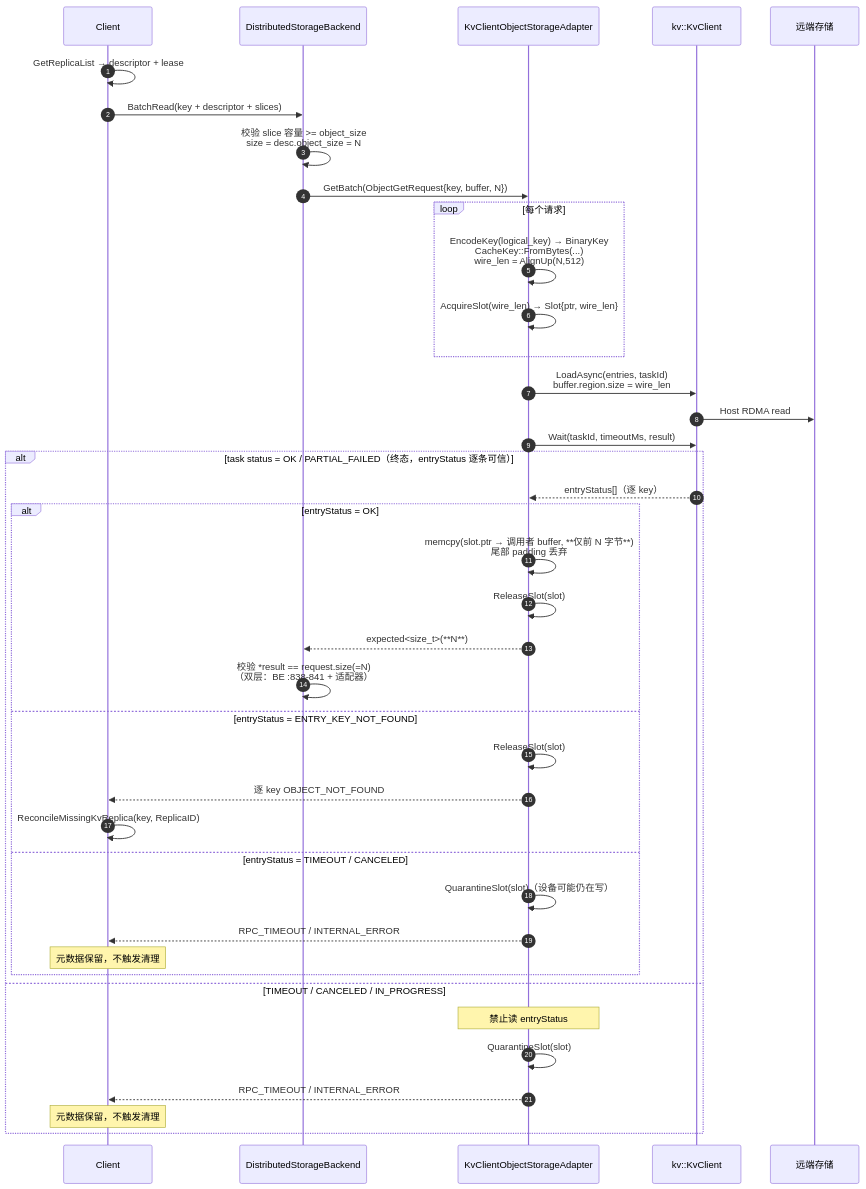
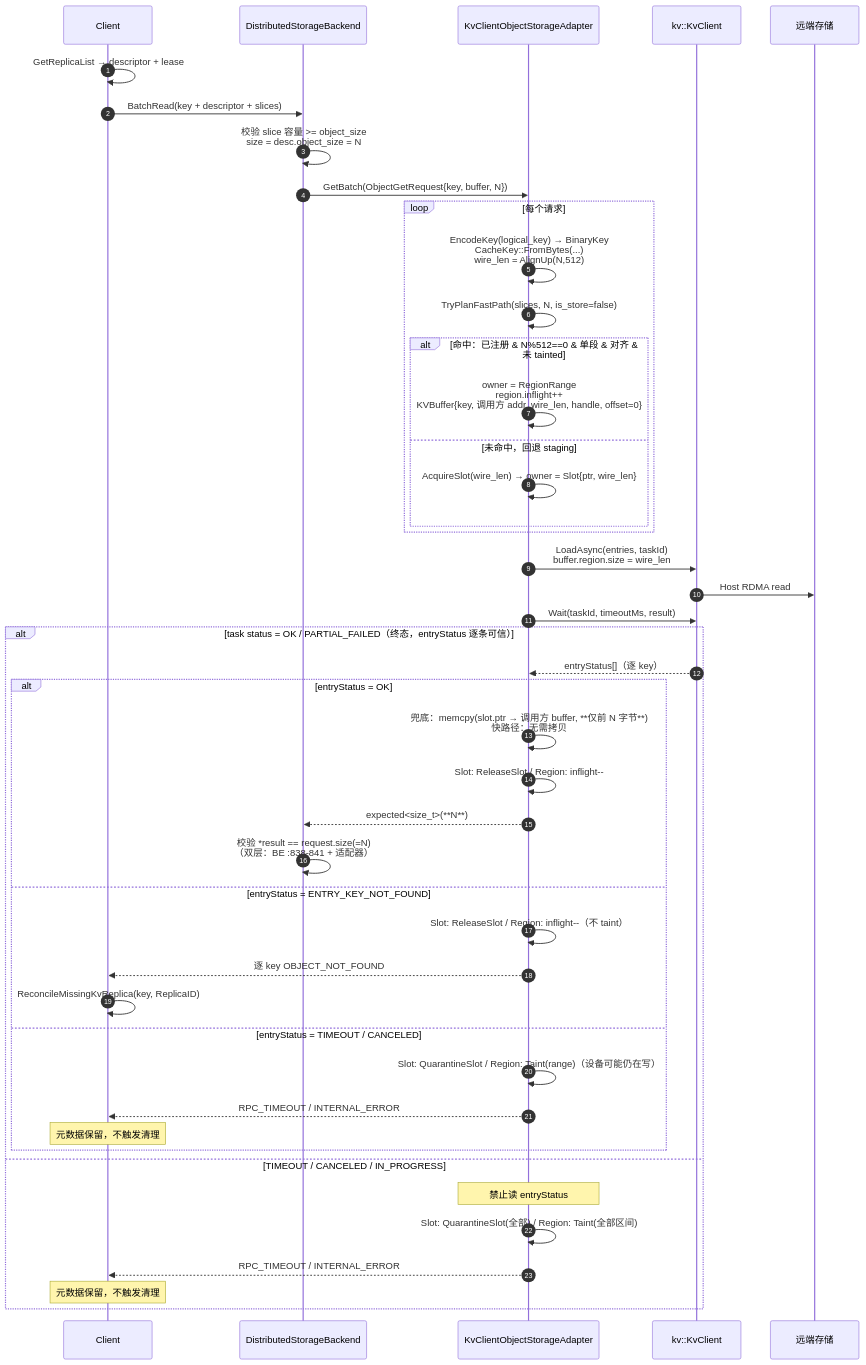
Before and after one commit to zwj20000328-dotcom/Mooncake-documents: the tenth of 13 diagrams in Mooncake + KVClient L3 接入（Kvcs）- v3.md, drawn with Mermaid. The commit also changed other lines of this file, not shown here.

First line of the commit message:
docs: fold zero-copy fast path (scheme B) into the v3 design

````diff
--- a/Mooncake + KVClient L3 接入（Kvcs）- v3.md
+++ b/Mooncake + KVClient L3 接入（Kvcs）- v3.md
@@ -639,43 +670,48 @@
 ```mermaid
 sequenceDiagram
     autonumber
     participant C as Client
     participant BE as DistributedStorageBackend
     participant AD as KvClientObjectStorageAdapter
     participant SDK as kv::KvClient
     participant S as 远端存储
 
     C->>C: GetReplicaList → descriptor + lease
     C->>BE: BatchRead(key + descriptor + slices)
     BE->>BE: 校验 slice 容量 >= object_size<br/>size = desc.object_size = N
     BE->>AD: GetBatch(ObjectGetRequest{key, buffer, N})
     loop 每个请求
         AD->>AD: EncodeKey(logical_key) → BinaryKey<br/>CacheKey::FromBytes(...)<br/>wire_len = AlignUp(N,512)
-        AD->>AD: AcquireSlot(wire_len) → Slot{ptr, wire_len}
+        AD->>AD: TryPlanFastPath(slices, N, is_store=false)
+        alt 命中：已注册 & N%512==0 & 单段 & 对齐 & 未 tainted
+            AD->>AD: owner = RegionRange<br/>region.inflight++<br/>KVBuffer{key, 调用方 addr, wire_len, handle, offset=0}
+        else 未命中，回退 staging
+            AD->>AD: AcquireSlot(wire_len) → owner = Slot{ptr, wire_len}
+        end
     end
     AD->>SDK: LoadAsync(entries, taskId)<br/>buffer.region.size = wire_len
     SDK->>S: Host RDMA read
     AD->>SDK: Wait(taskId, timeoutMs, result)
     alt task status = OK / PARTIAL_FAILED（终态，entryStatus 逐条可信）
         SDK-->>AD: entryStatus[]（逐 key）
         alt entryStatus = OK
-            AD->>AD: memcpy(slot.ptr → 调用者 buffer, **仅前 N 字节**)<br/>尾部 padding 丢弃
-            AD->>AD: ReleaseSlot(slot)
+            AD->>AD: 兜底：memcpy(slot.ptr → 调用方 buffer, **仅前 N 字节**)<br/>快路径：无需拷贝
+            AD->>AD: Slot: ReleaseSlot / Region: inflight--
             AD-->>BE: expected<size_t>(**N**)
             BE->>BE: 校验 *result == request.size(=N)<br/>（双层：BE :838-841 + 适配器）
         else entryStatus = ENTRY_KEY_NOT_FOUND
-            AD->>AD: ReleaseSlot(slot)
+            AD->>AD: Slot: ReleaseSlot / Region: inflight--（不 taint）
             AD-->>C: 逐 key OBJECT_NOT_FOUND
             C->>C: ReconcileMissingKvReplica(key, ReplicaID)
         else entryStatus = TIMEOUT / CANCELED
-            AD->>AD: QuarantineSlot(slot)（设备可能仍在写）
+            AD->>AD: Slot: QuarantineSlot / Region: Taint(range)（设备可能仍在写）
             AD-->>C: RPC_TIMEOUT / INTERNAL_ERROR
             Note over C: 元数据保留，不触发清理
         end
     else TIMEOUT / CANCELED / IN_PROGRESS
         Note over AD: 禁止读 entryStatus
-        AD->>AD: QuarantineSlot(slot)
+        AD->>AD: Slot: QuarantineSlot(全部) / Region: Taint(全部区间)
         AD-->>C: RPC_TIMEOUT / INTERNAL_ERROR
         Note over C: 元数据保留，不触发清理
     end
 ```
````
